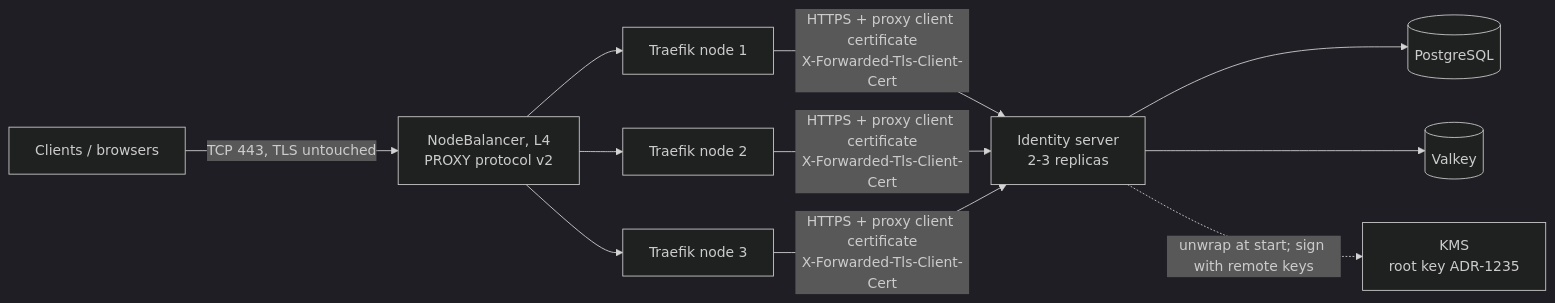
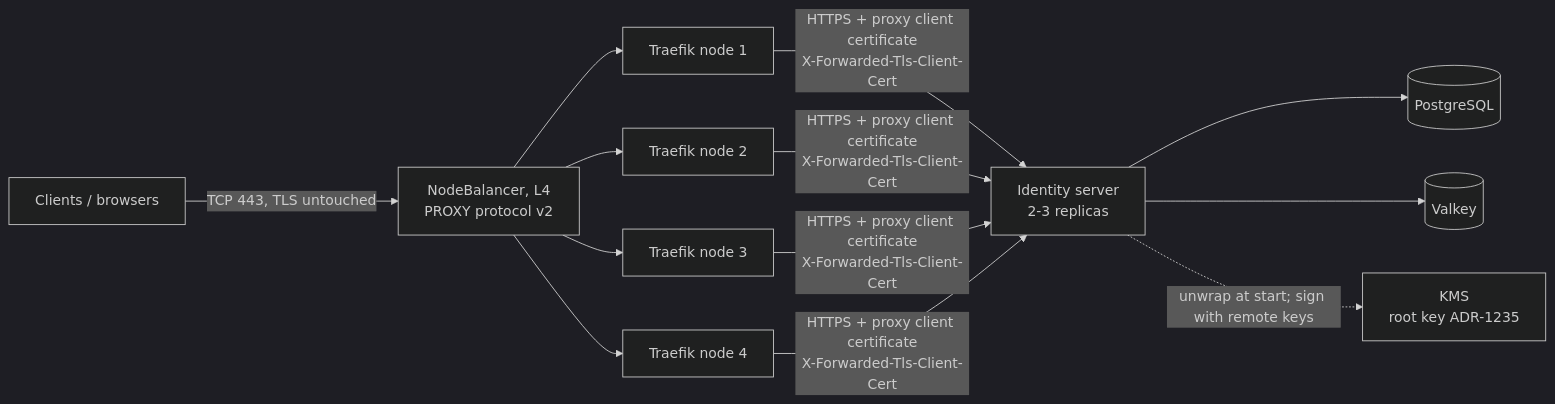
One commit to NCodeGroup/identity changed the diagram in docs/hosting-analysis.md. Above: the diagram before and after it, drawn with Mermaid (dark theme).

Commit message:
Plan step 28: Draw one Traefik per production node in the reference architecture

````diff
--- a/docs/hosting-analysis.md
+++ b/docs/hosting-analysis.md
@@ -210,11 +210,12 @@
 ```mermaid
 flowchart LR
     C[Clients / browsers] -->|TCP 443, TLS untouched| LB[NodeBalancer, L4<br/>PROXY protocol v2]
     LB --> T1[Traefik node 1]
     LB --> T2[Traefik node 2]
     LB --> T3[Traefik node 3]
-    T1 & T2 & T3 -->|HTTPS + proxy client certificate<br/>X-Forwarded-Tls-Client-Cert| API[Identity server<br/>2-3 replicas]
+    LB --> T4[Traefik node 4]
+    T1 & T2 & T3 & T4 -->|HTTPS + proxy client certificate<br/>X-Forwarded-Tls-Client-Cert| API[Identity server<br/>2-3 replicas]
     API --> PG[(PostgreSQL)]
     API --> VK[(Valkey)]
     API -.->|unwrap at start; sign with remote keys| KMS[KMS<br/>root key ADR-1235]
 ```
````
